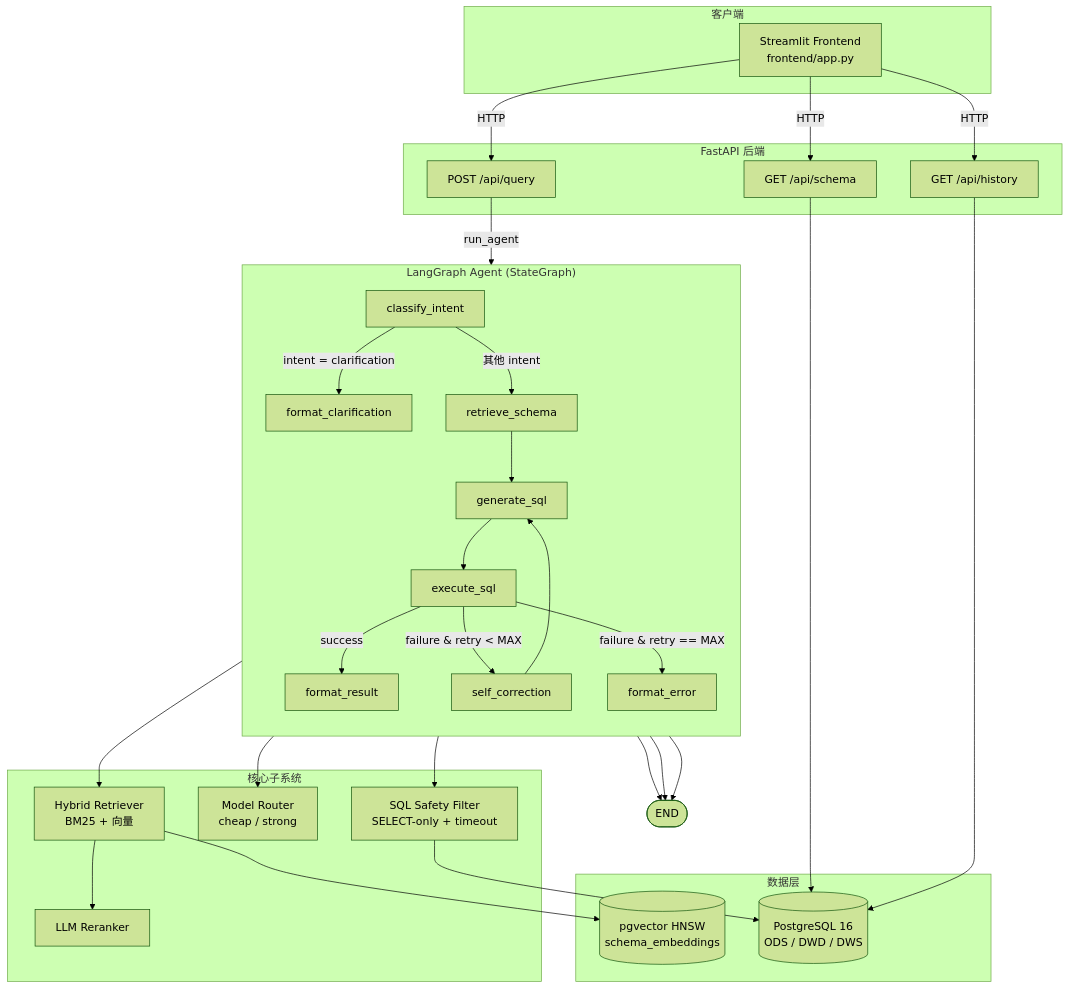
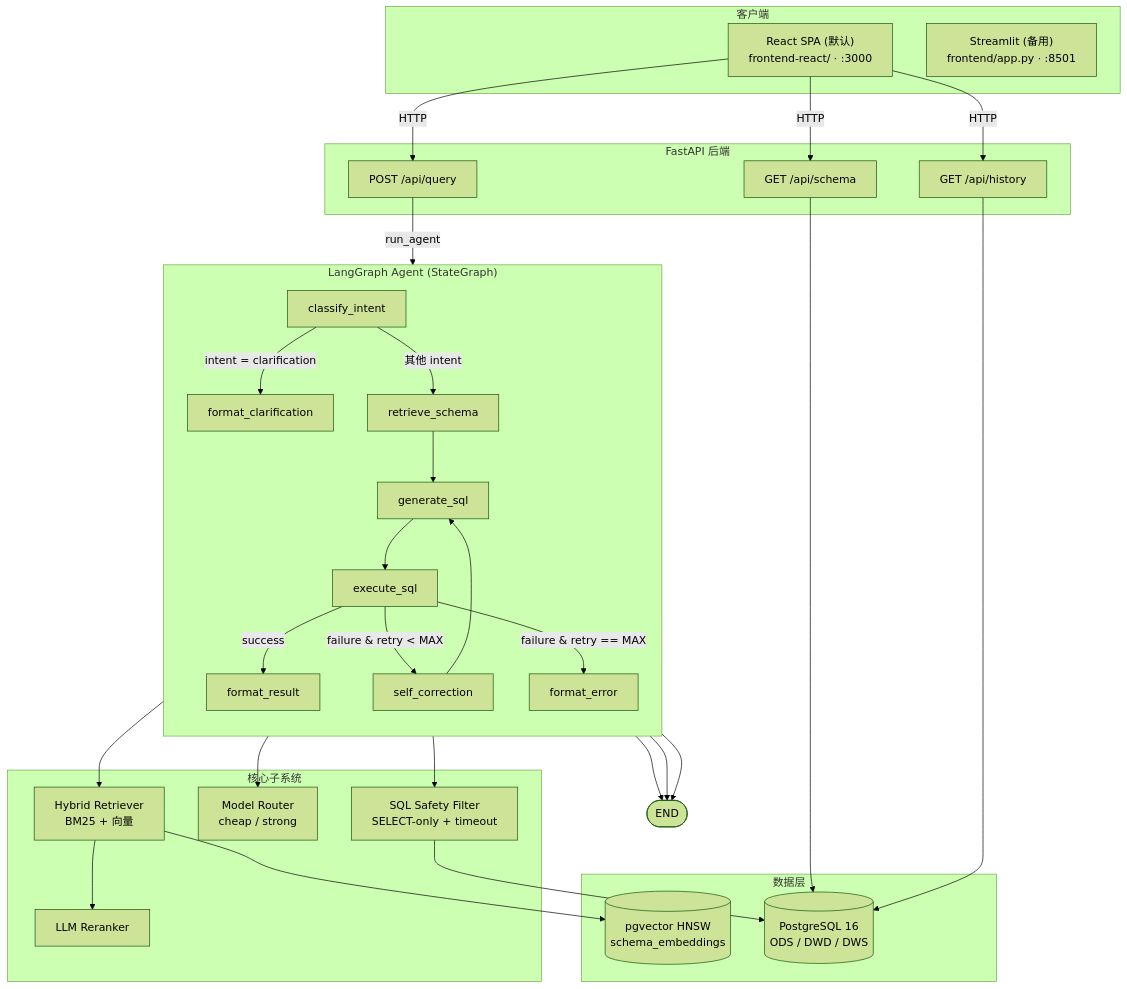
Before and after one commit to shuheng-mo/Elytra: the diagram in README.md, drawn with Mermaid (forest theme). The commit also changed other lines of this file and 64 other files, not shown here.

````diff
--- a/README.md
+++ b/README.md
@@ -81,63 +81,64 @@
 ```mermaid
 flowchart TB
     subgraph Client["客户端"]
-        UI["Streamlit Frontend<br/>frontend/app.py"]
+        UI["React SPA (默认)<br/>frontend-react/ · :3000"]
+        UI2["Streamlit (备用)<br/>frontend/app.py · :8501"]
     end
 
     subgraph API["FastAPI 后端"]
         QApi["POST /api/query"]
         SApi["GET /api/schema"]
         HApi["GET /api/history"]
     end
 
     subgraph Agent["LangGraph Agent (StateGraph)"]
         direction TB
         Intent["classify_intent"]
         Clarify["format_clarification"]
         Retrieve["retrieve_schema"]
         Gen["generate_sql"]
         Exec["execute_sql"]
         Correct["self_correction"]
         Result["format_result"]
         Err["format_error"]
 
         Intent -- "intent = clarification" --> Clarify
         Intent -- "其他 intent" --> Retrieve
         Retrieve --> Gen
         Gen --> Exec
         Exec -- "success" --> Result
         Exec -- "failure & retry < MAX" --> Correct
         Correct --> Gen
         Exec -- "failure & retry == MAX" --> Err
     end
 
     subgraph Sub["核心子系统"]
         Hybrid["Hybrid Retriever<br/>BM25 + 向量"]
         Rerank["LLM Reranker"]
         Router["Model Router<br/>cheap / strong"]
         Safety["SQL Safety Filter<br/>SELECT-only + timeout"]
     end
 
     subgraph Data["数据层"]
         PG[("PostgreSQL 16<br/>ODS / DWD / DWS")]
         Vec[("pgvector HNSW<br/>schema_embeddings")]
     end
 
     UI -->|HTTP| QApi
     UI -->|HTTP| SApi
     UI -->|HTTP| HApi
     QApi -->|run_agent| Intent
     SApi --> PG
     HApi --> PG
 
     Retrieve --> Hybrid
     Hybrid --> Rerank
     Hybrid --> Vec
     Gen --> Router
     Exec --> Safety
     Safety --> PG
 
     Clarify --> END0(["END"])
     Result --> END0
     Err --> END0
 ```
````
